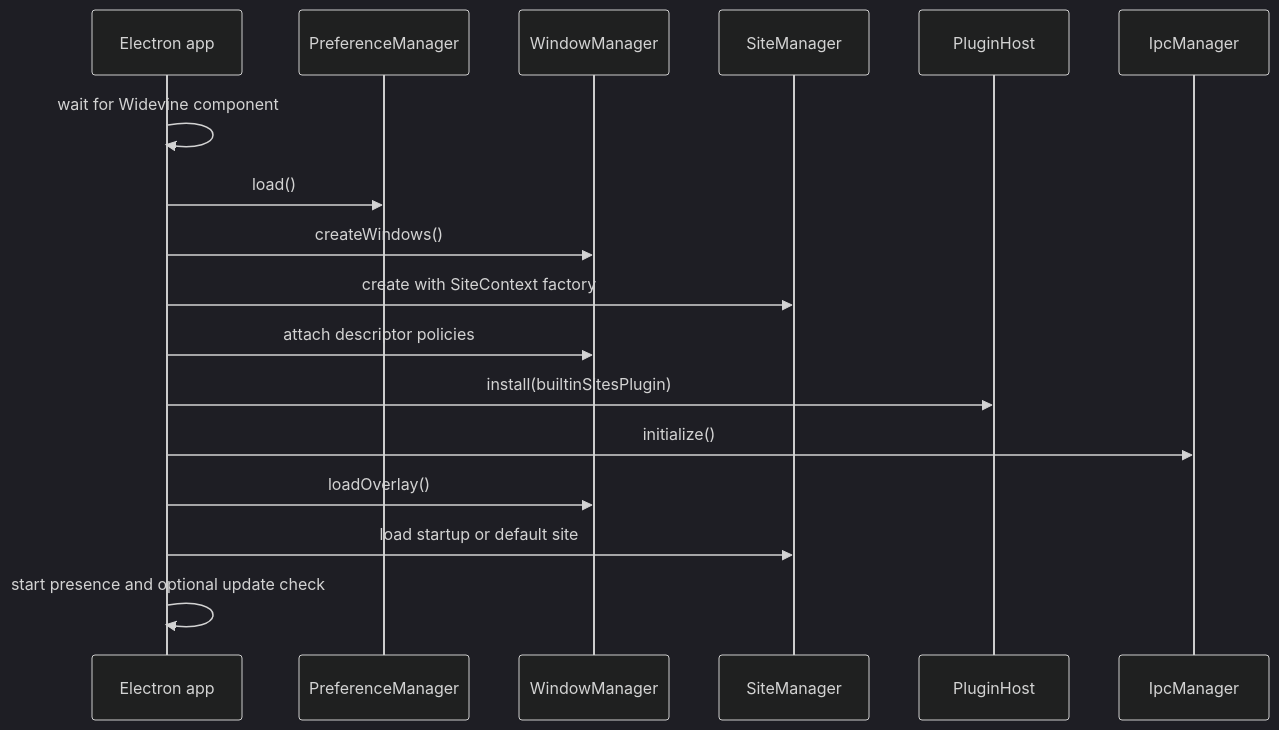
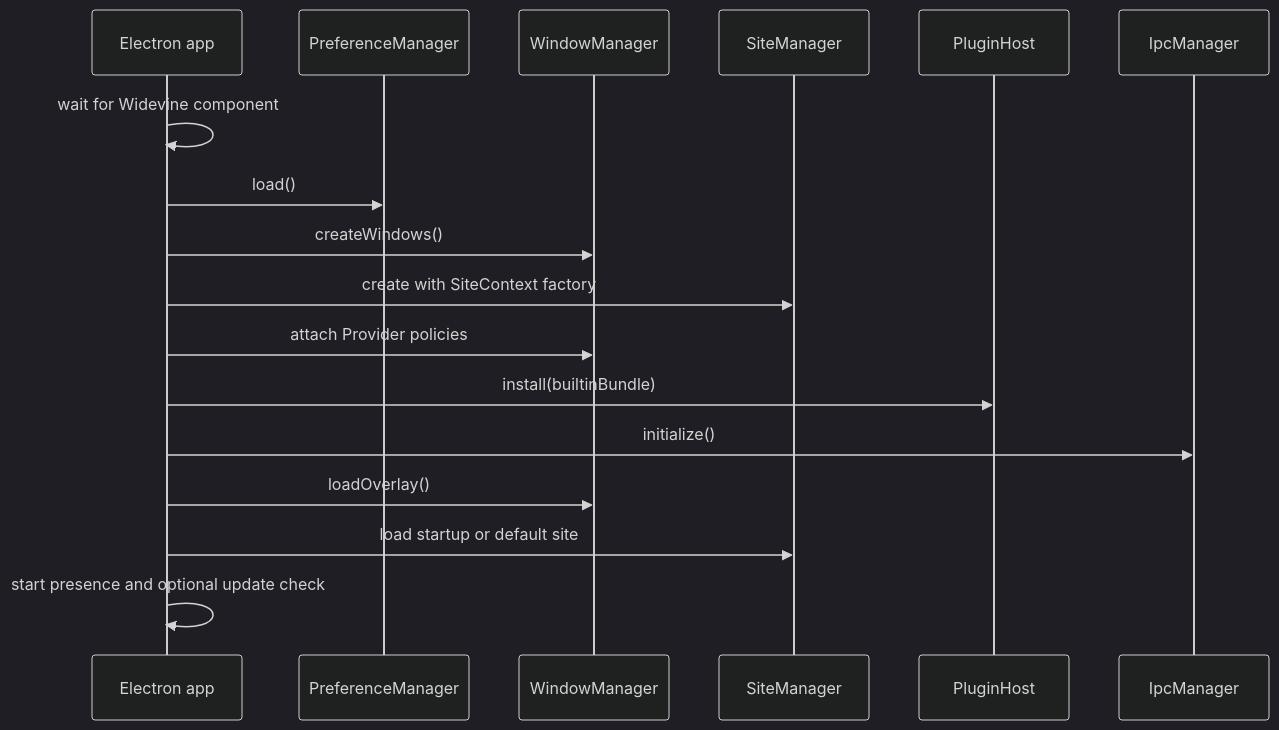
One commit to fabyday/kawaikara changed the second of 2 diagrams in docs/Developer/Architecture/Overview.md. Above: the diagram before and after it, drawn with Mermaid (dark theme). The commit also changed other lines of this file and 161 other files, not shown here.

````diff
--- a/docs/Developer/Architecture/Overview.md
+++ b/docs/Developer/Architecture/Overview.md
@@ -62,20 +62,20 @@
 ```mermaid
 sequenceDiagram
   participant Electron as Electron app
   participant Preferences as PreferenceManager
   participant Windows as WindowManager
   participant Sites as SiteManager
   participant Plugins as PluginHost
   participant IPC as IpcManager
 
   Electron->>Electron: wait for Widevine component
   Electron->>Preferences: load()
   Electron->>Windows: createWindows()
   Electron->>Sites: create with SiteContext factory
-  Electron->>Windows: attach descriptor policies
-  Electron->>Plugins: install(builtinSitesPlugin)
+  Electron->>Windows: attach Provider policies
+  Electron->>Plugins: install(builtinBundle)
   Electron->>IPC: initialize()
   Electron->>Windows: loadOverlay()
   Electron->>Sites: load startup or default site
   Electron->>Electron: start presence and optional update check
 ```
````
